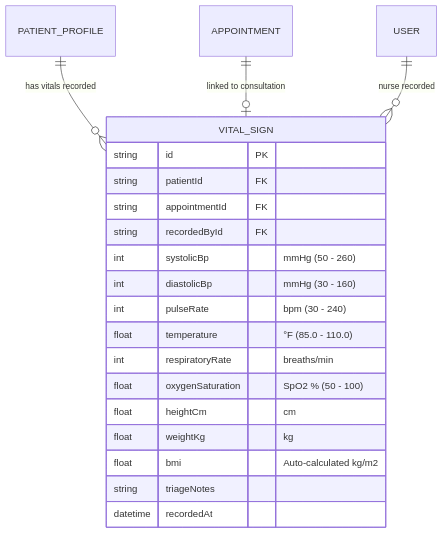
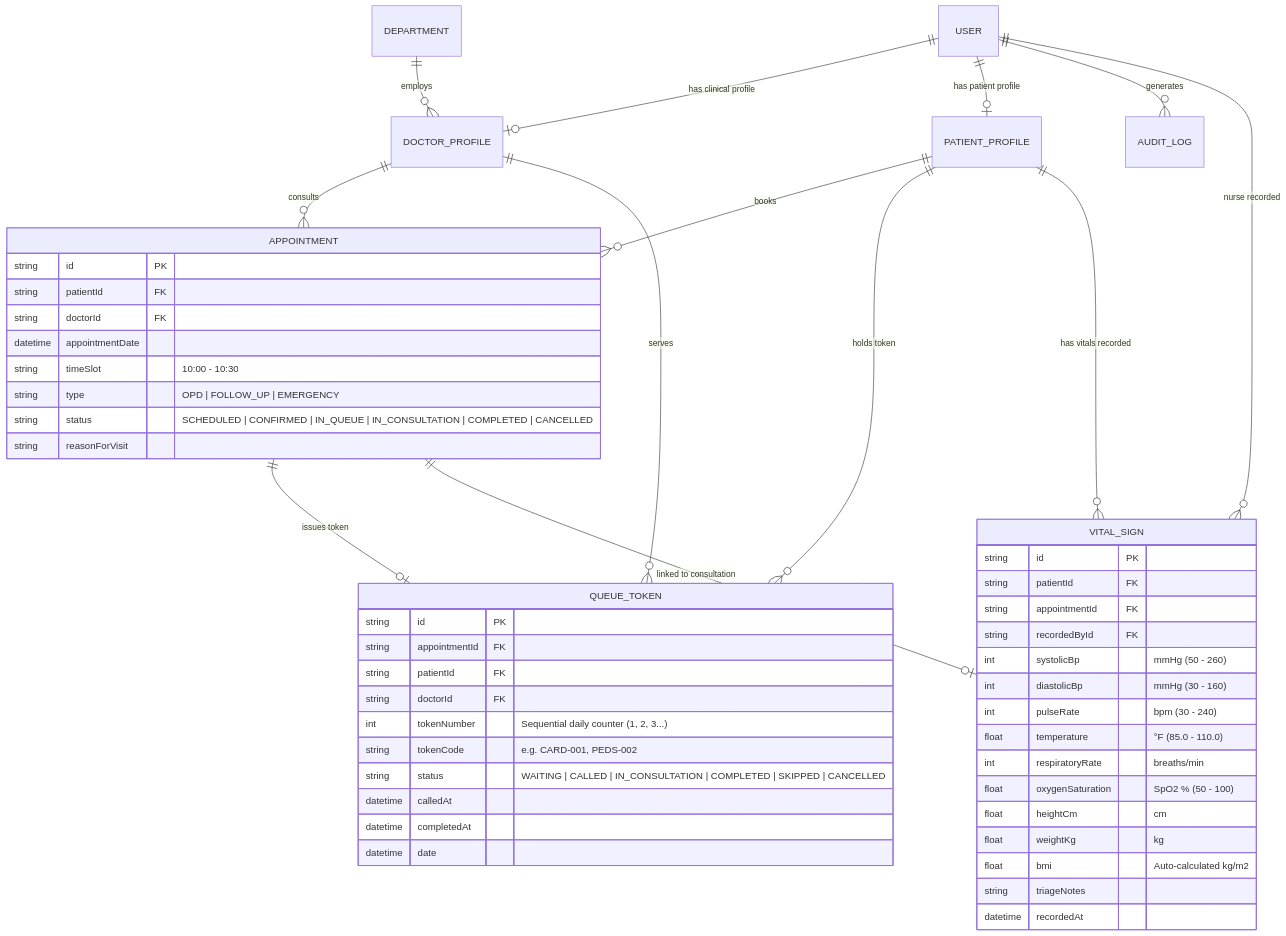
Before and after one commit to ansariking51214/Smart-Hospital-management-system: the diagram in README.md, drawn with Mermaid. The commit also changed other lines of this file, not shown here.

Commit message:
docs: comprehensively update README with full Module 2 Days 2, 3, and 4 deliverables, endpoints, ERD, and 160 test assertions

````diff
--- a/README.md
+++ b/README.md
@@ -65,24 +118,57 @@
 ```mermaid
 erDiagram
+    USER ||--o| DOCTOR_PROFILE : "has clinical profile"
+    USER ||--o| PATIENT_PROFILE : "has patient profile"
+    USER ||--o{ AUDIT_LOG : "generates"
+    DEPARTMENT ||--o{ DOCTOR_PROFILE : "employs"
+    DOCTOR_PROFILE ||--o{ APPOINTMENT : "consults"
+    PATIENT_PROFILE ||--o{ APPOINTMENT : "books"
+    APPOINTMENT ||--o| QUEUE_TOKEN : "issues token"
+    PATIENT_PROFILE ||--o{ QUEUE_TOKEN : "holds token"
+    DOCTOR_PROFILE ||--o{ QUEUE_TOKEN : "serves"
     PATIENT_PROFILE ||--o{ VITAL_SIGN : "has vitals recorded"
     APPOINTMENT ||--o| VITAL_SIGN : "linked to consultation"
     USER ||--o{ VITAL_SIGN : "nurse recorded"
+
+    APPOINTMENT {
+        string id PK
+        string patientId FK
+        string doctorId FK
+        datetime appointmentDate
+        string timeSlot "10:00 - 10:30"
+        string type "OPD | FOLLOW_UP | EMERGENCY"
+        string status "SCHEDULED | CONFIRMED | IN_QUEUE | IN_CONSULTATION | COMPLETED | CANCELLED"
+        string reasonForVisit
+    }
+
+    QUEUE_TOKEN {
+        string id PK
+        string appointmentId FK
+        string patientId FK
+        string doctorId FK
+        int tokenNumber "Sequential daily counter (1, 2, 3...)"
+        string tokenCode "e.g. CARD-001, PEDS-002"
+        string status "WAITING | CALLED | IN_CONSULTATION | COMPLETED | SKIPPED | CANCELLED"
+        datetime calledAt
+        datetime completedAt
+        datetime date
+    }
 
     VITAL_SIGN {
         string id PK
         string patientId FK
         string appointmentId FK
         string recordedById FK
         int systolicBp "mmHg (50 - 260)"
         int diastolicBp "mmHg (30 - 160)"
         int pulseRate "bpm (30 - 240)"
         float temperature "°F (85.0 - 110.0)"
         int respiratoryRate "breaths/min"
         float oxygenSaturation "SpO2 % (50 - 100)"
         float heightCm "cm"
         float weightKg "kg"
         float bmi "Auto-calculated kg/m2"
         string triageNotes
         datetime recordedAt
     }
 ```
````
